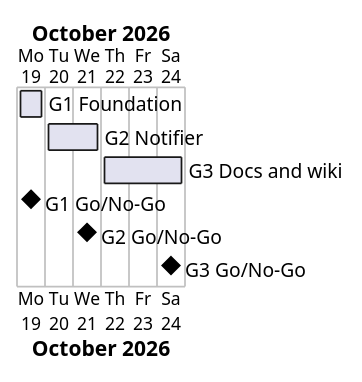
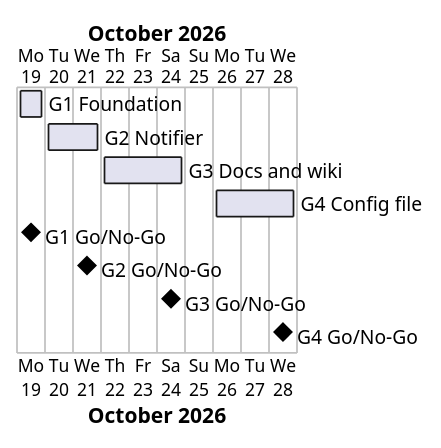
Before and after one commit to Tirsvad-Udemy-100-days-of-code/033-iss-location: the diagram in docs/project-plan.md, drawn with PlantUML. The commit also changed other lines of this file and 4 other files, not shown here.

````diff
--- a/docs/project-plan.md
+++ b/docs/project-plan.md
@@ -37,11 +39,13 @@
 ```plantuml
 @startgantt
 Project starts 2026-10-19
 [G1 Foundation] starts 2026-10-19 and ends 2026-10-19
 [G2 Notifier] starts 2026-10-20 and ends 2026-10-21
 [G3 Docs and wiki] starts 2026-10-22 and ends 2026-10-24
+[G4 Config file] starts 2026-10-26 and ends 2026-10-28
 [G1 Go/No-Go] happens 2026-10-19
 [G2 Go/No-Go] happens 2026-10-21
 [G3 Go/No-Go] happens 2026-10-24
+[G4 Go/No-Go] happens 2026-10-28
 @endgantt
 ```
````
